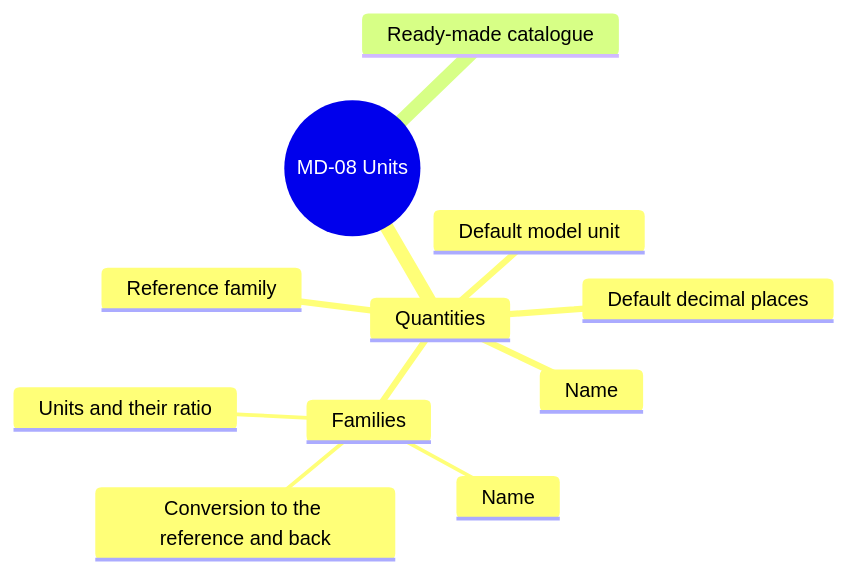
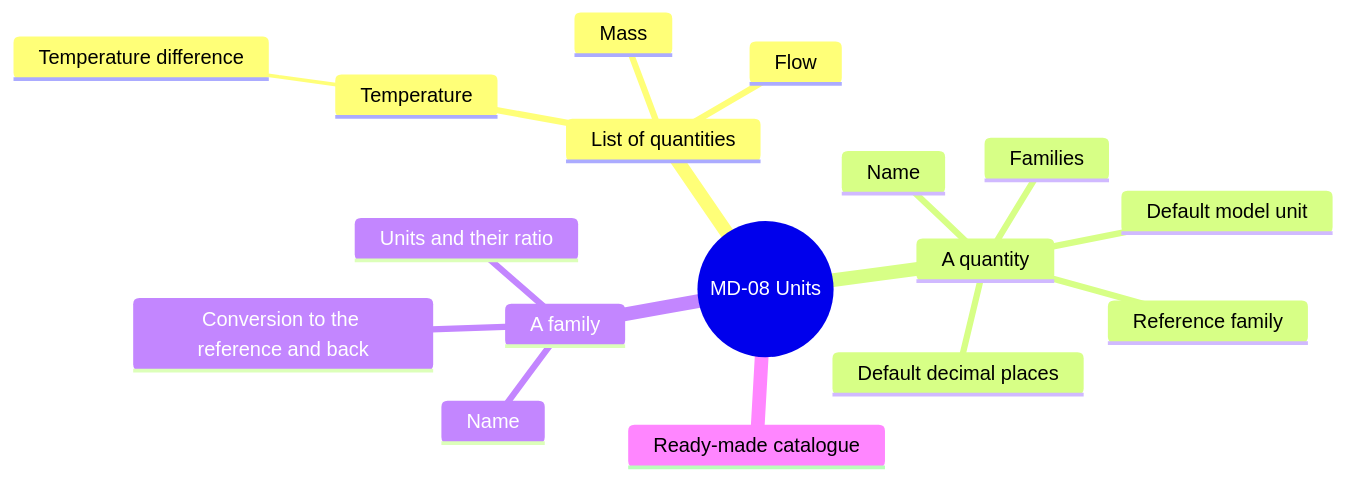
Diagram 11 of 14 in screens/metadata.md (AlexandreGallais/synoptic-studio-spec), drawn with Mermaid before and after one commit. The commit also changed other lines of this file and 14 other files, not shown here.

````diff
--- a/screens/metadata.md
+++ b/screens/metadata.md
@@ -268,14 +304,20 @@
 ```mermaid
 mindmap
   root((MD-08 Units))
-    Quantities
+    List of quantities
+      Temperature
+        Temperature difference
+      Mass
+      Flow
+    A quantity
       Name
       Default model unit
       Default decimal places
       Reference family
       Families
-        Name
-        Units and their ratio
-        Conversion to the reference and back
+    A family
+      Name
+      Units and their ratio
+      Conversion to the reference and back
     Ready-made catalogue
 ```
````
